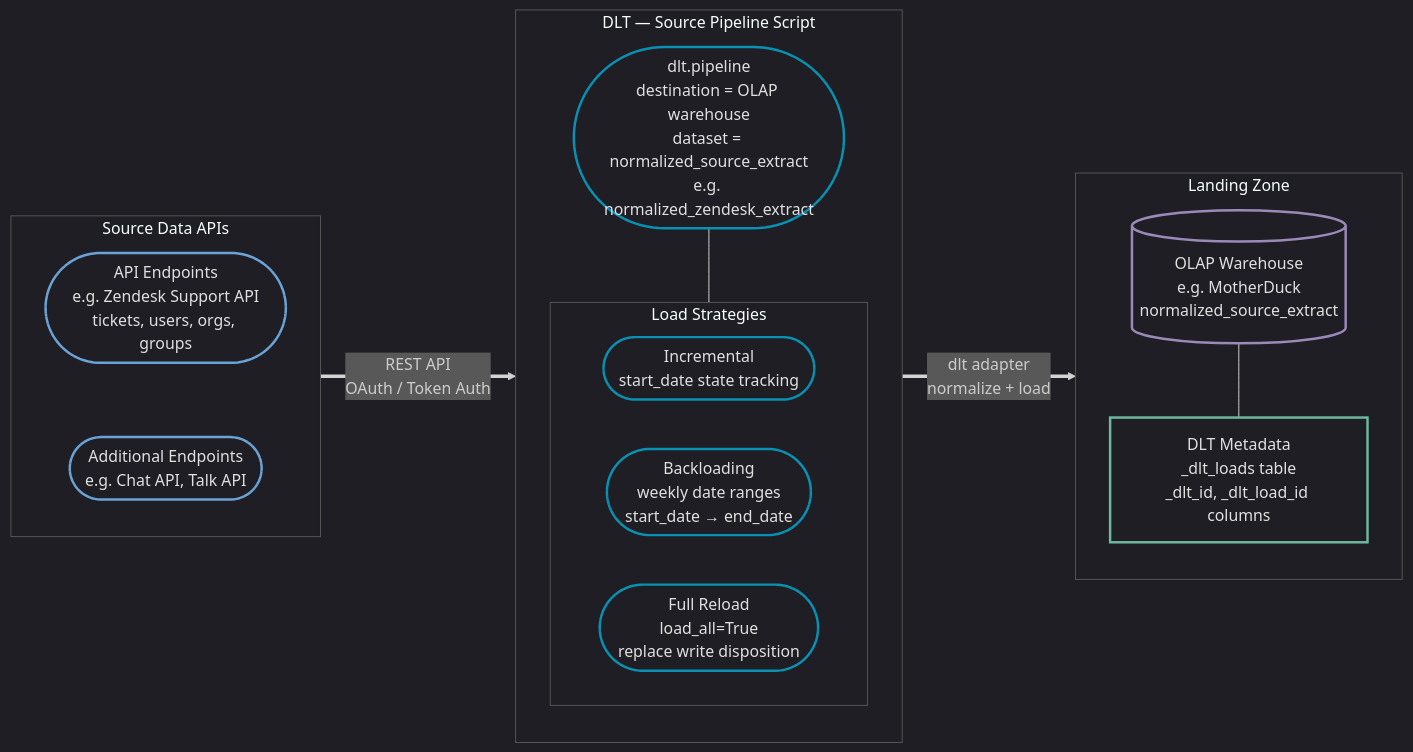
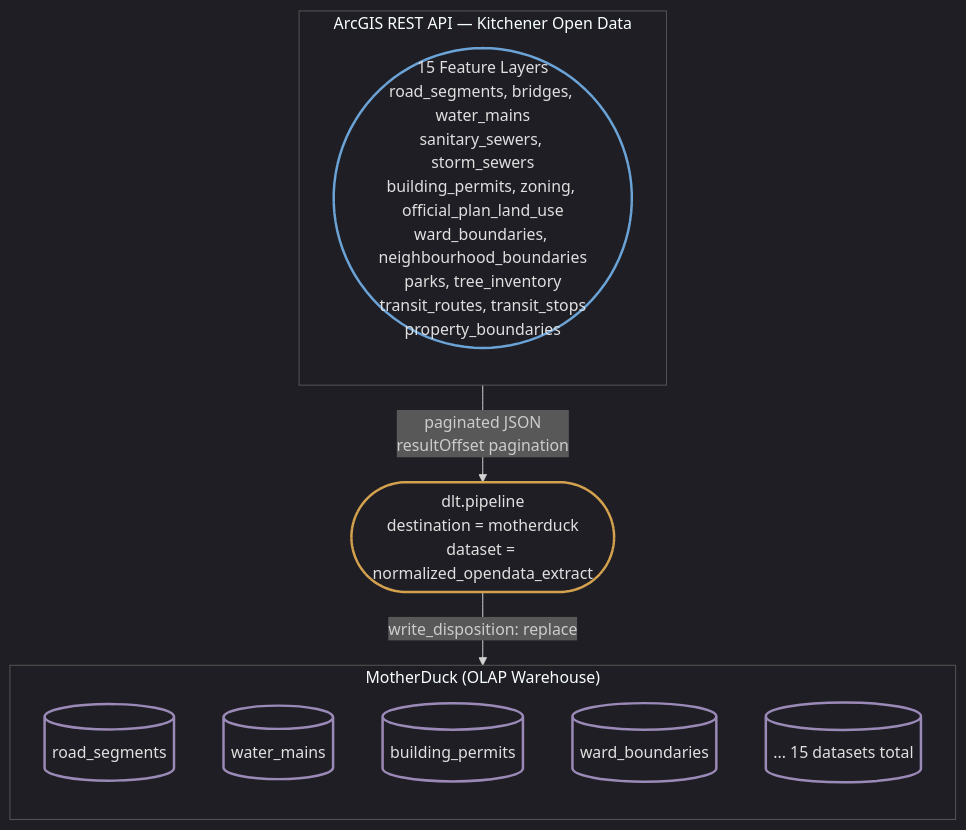
One commit to MetricForge-Analytics-Inc/MetricForge-City-Foundation changed the third of 9 diagrams in Documentation/Architecture/system-architecture.md. Above: the diagram before and after it, drawn with Mermaid. The commit also changed other lines of this file and 93 other files, not shown here.

````diff
--- a/Documentation/Architecture/system-architecture.md
+++ b/Documentation/Architecture/system-architecture.md
@@ -182,37 +98,26 @@
 ```mermaid
 %%{init: {'theme': 'dark', 'themeVariables': {'mainBkg': 'transparent', 'nodeBorder': '#555', 'clusterBkg': 'transparent', 'clusterBorder': '#555'}}}%%
-flowchart LR
+flowchart TB
     classDef source fill:none,color:#e0e0e0,stroke:#6ba3d6,stroke-width:2.5px
-    classDef process fill:none,color:#e0e0e0,stroke:#0891b2,stroke-width:2.5px
-    classDef data fill:none,color:#e0e0e0,stroke:#6db89e,stroke-width:2.5px
+    classDef process fill:none,color:#e0e0e0,stroke:#d4a24e,stroke-width:2.5px
     classDef db fill:none,color:#e0e0e0,stroke:#9b8ab8,stroke-width:2.5px
 
-    subgraph APIS ["Source Data APIs"]
+    subgraph API ["ArcGIS REST API — Kitchener Open Data"]
         direction TB
-        ZS(["API Endpoints<br/>e.g. Zendesk Support API<br/>tickets, users, orgs, groups"]):::source
-        ZC(["Additional Endpoints<br/>e.g. Chat API, Talk API"]):::source
-        ZS ~~~ ZC
+        A1(["15 Feature Layers<br/>road_segments, bridges, water_mains<br/>sanitary_sewers, storm_sewers<br/>building_permits, zoning, official_plan_land_use<br/>ward_boundaries, neighbourhood_boundaries<br/>parks, tree_inventory<br/>transit_routes, transit_stops<br/>property_boundaries"]):::source
     end
 
-    subgraph DLT ["DLT — Source Pipeline Script"]
+    PIPELINE(["dlt.pipeline<br/>destination = motherduck<br/>dataset = normalized_opendata_extract"]):::process
+
+    subgraph DUCK ["MotherDuck (OLAP Warehouse)"]
         direction TB
-        PIPELINE(["dlt.pipeline<br/>destination = OLAP warehouse<br/>dataset = normalized_source_extract<br/>e.g. normalized_zendesk_extract"]):::process
-        subgraph MODES ["Load Strategies"]
-            direction LR
-            INC(["Incremental<br/>start_date state tracking"]):::process
-            BACK(["Backloading<br/>weekly date ranges<br/>start_date → end_date"]):::process
-            FULL(["Full Reload<br/>load_all=True<br/>replace write disposition"]):::process
-        end
-        PIPELINE --- MODES
+        T1[("road_segments")]:::db
+        T2[("water_mains")]:::db
+        T3[("building_permits")]:::db
+        T4[("ward_boundaries")]:::db
+        T5[("... 15 datasets total")]:::db
     end
 
-    subgraph LANDING ["Landing Zone"]
-        direction TB
-        MD[("OLAP Warehouse<br/>e.g. MotherDuck<br/>normalized_source_extract")]:::db
-        META["DLT Metadata<br/>_dlt_loads table<br/>_dlt_id, _dlt_load_id columns"]:::data
-        MD --- META
-    end
-
-    APIS ==>|"REST API<br/>OAuth / Token Auth"| DLT
-    DLT ==>|"dlt adapter<br/>normalize + load"| LANDING
+    A1 -->|"paginated JSON<br/>resultOffset pagination"| PIPELINE
+    PIPELINE -->|"write_disposition: replace"| DUCK
 ```
````
